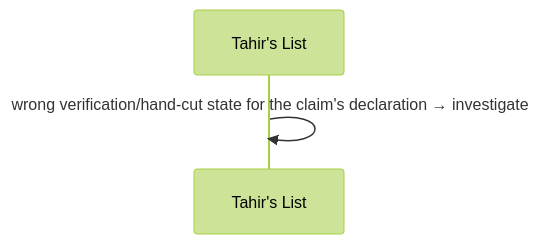
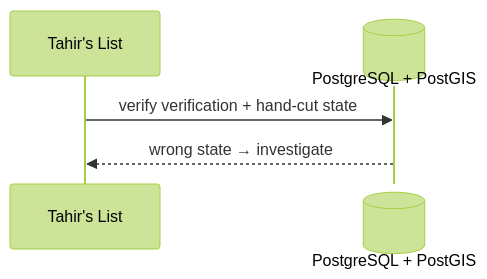
Before and after one commit to Losers-Lab/tahirs-list: the seventh of 7 diagrams in docs/features/SC-211/04-blackbox/UC-03-load-reviewed-batch.md, drawn with Mermaid (forest theme). The commit also changed other lines of this file and 10 other files, not shown here.

Commit message:
[SC-211] Apply diagram actor and data-store conventions

````diff
--- a/docs/features/SC-211/04-blackbox/UC-03-load-reviewed-batch.md
+++ b/docs/features/SC-211/04-blackbox/UC-03-load-reviewed-batch.md
@@ -62,5 +72,7 @@
 ```mermaid
 sequenceDiagram
   participant TL as Tahir's List
-  TL->>TL: wrong verification/hand-cut state for the claim's declaration → investigate
+  participant DB@{ "type": "database" } as PostgreSQL + PostGIS
+  TL->>DB: verify verification + hand-cut state
+  DB-->>TL: wrong state → investigate
 ```
````
